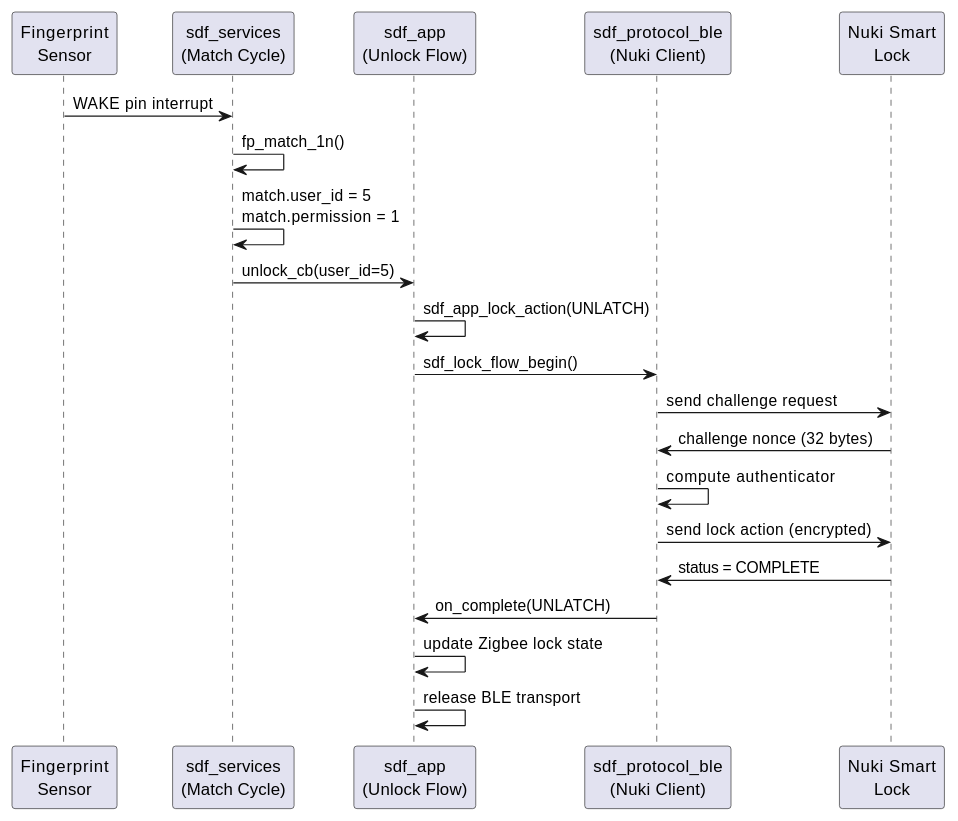
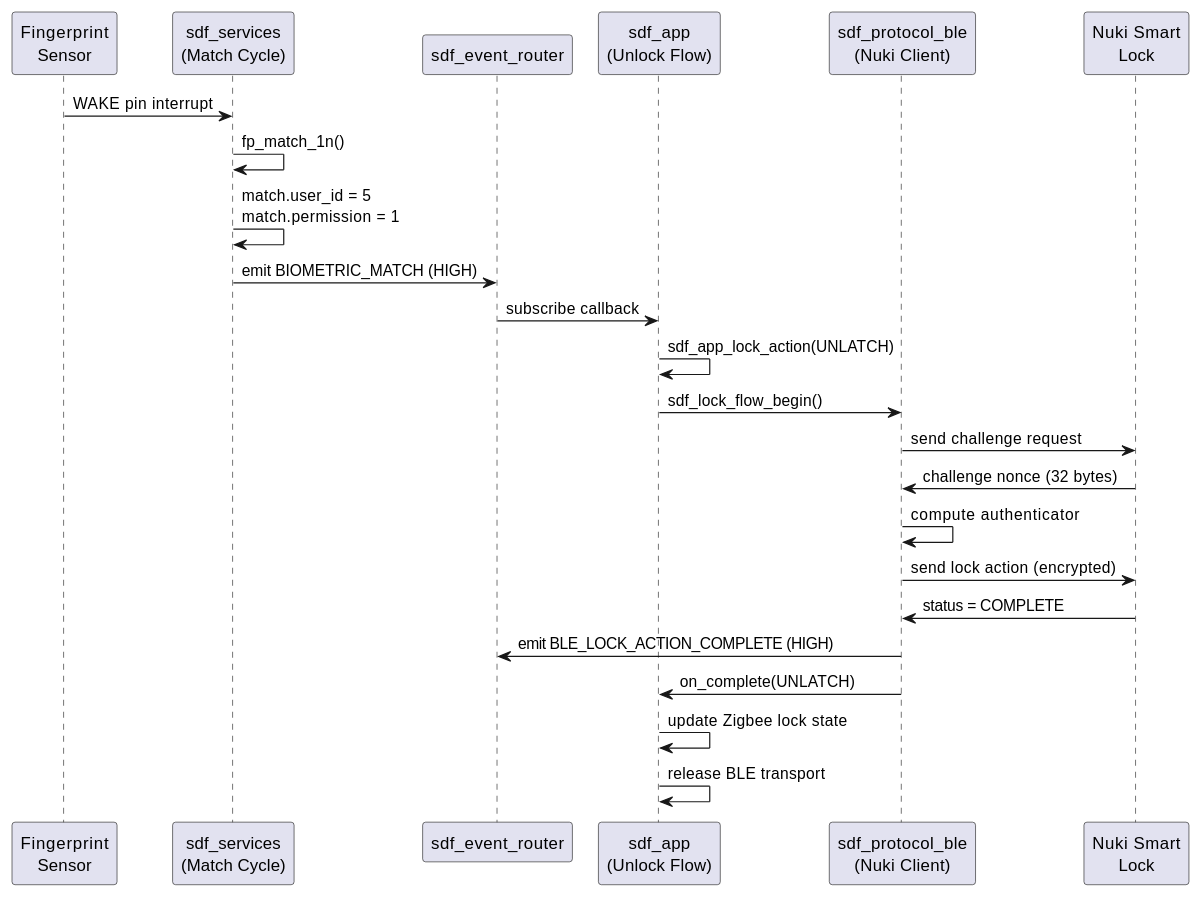
One commit to thor-ro/finger_print changed the seventh of 13 diagrams in doc/sdf_sas.md. Above: the diagram before and after it, drawn with PlantUML. The commit also changed other lines of this file and 42 other files, not shown here.

````diff
--- a/doc/sdf_sas.md
+++ b/doc/sdf_sas.md
@@ -301,24 +342,27 @@
 ```plantuml
 @startuml
 participant "Fingerprint\nSensor" as FPS
 participant "sdf_services\n(Match Cycle)" as SVC
+participant "sdf_event_router" as EVT
 participant "sdf_app\n(Unlock Flow)" as APP
 participant "sdf_protocol_ble\n(Nuki Client)" as BLE
 participant "Nuki Smart\nLock" as NUKI
 
 FPS -> SVC : WAKE pin interrupt
 SVC -> SVC : fp_match_1n()
 SVC -> SVC : match.user_id = 5\nmatch.permission = 1
-SVC -> APP : unlock_cb(user_id=5)
+SVC -> EVT : emit BIOMETRIC_MATCH (HIGH)
+EVT -> APP : subscribe callback
 APP -> APP : sdf_app_lock_action(UNLATCH)
 APP -> BLE : sdf_lock_flow_begin()
 BLE -> NUKI : send challenge request
 NUKI -> BLE : challenge nonce (32 bytes)
 BLE -> BLE : compute authenticator
 BLE -> NUKI : send lock action (encrypted)
 NUKI -> BLE : status = COMPLETE
+BLE -> EVT : emit BLE_LOCK_ACTION_COMPLETE (HIGH)
 BLE -> APP : on_complete(UNLATCH)
 APP -> APP : update Zigbee lock state
 APP -> APP : release BLE transport
 @enduml
 ```
````
